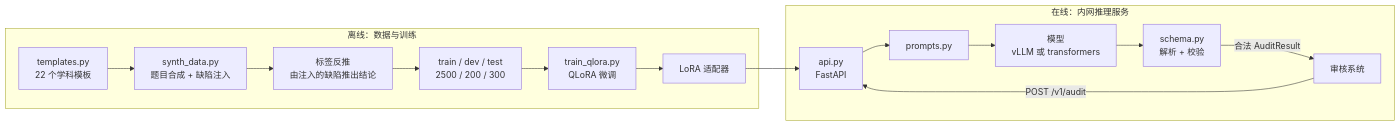
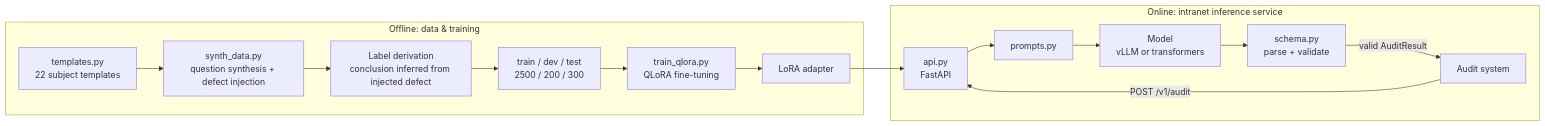
The diagram in README.md (maowenli7-debug/exam-question-audit), drawn with Mermaid before and after one commit. The commit also changed other lines of this file and 1 other file, not shown here.

````diff
--- a/README.md
+++ b/README.md
@@ -31,19 +33,19 @@
 ```mermaid
 flowchart LR
-    subgraph offline["离线：数据与训练"]
-        T["templates.py<br/>22 个学科模板"] --> S["synth_data.py<br/>题目合成 + 缺陷注入"]
-        S --> L["标签反推<br/>由注入的缺陷推出结论"]
+    subgraph offline["Offline: data & training"]
+        T["templates.py<br/>22 subject templates"] --> S["synth_data.py<br/>question synthesis + defect injection"]
+        S --> L["Label derivation<br/>conclusion inferred from injected defect"]
         L --> D["train / dev / test<br/>2500 / 200 / 300"]
-        D --> TR["train_qlora.py<br/>QLoRA 微调"]
-        TR --> A["LoRA 适配器"]
+        D --> TR["train_qlora.py<br/>QLoRA fine-tuning"]
+        TR --> A["LoRA adapter"]
     end
 
-    subgraph online["在线：内网推理服务"]
-        Q["审核系统"] -->|"POST /v1/audit"| API["api.py<br/>FastAPI"]
+    subgraph online["Online: intranet inference service"]
+        Q["Audit system"] -->|"POST /v1/audit"| API["api.py<br/>FastAPI"]
         A --> API
         API --> P["prompts.py"]
-        P --> M["模型<br/>vLLM 或 transformers"]
-        M --> PARSE["schema.py<br/>解析 + 校验"]
-        PARSE -->|"合法 AuditResult"| Q
+        P --> M["Model<br/>vLLM or transformers"]
+        M --> PARSE["schema.py<br/>parse + validate"]
+        PARSE -->|"valid AuditResult"| Q
     end
 ```
````
